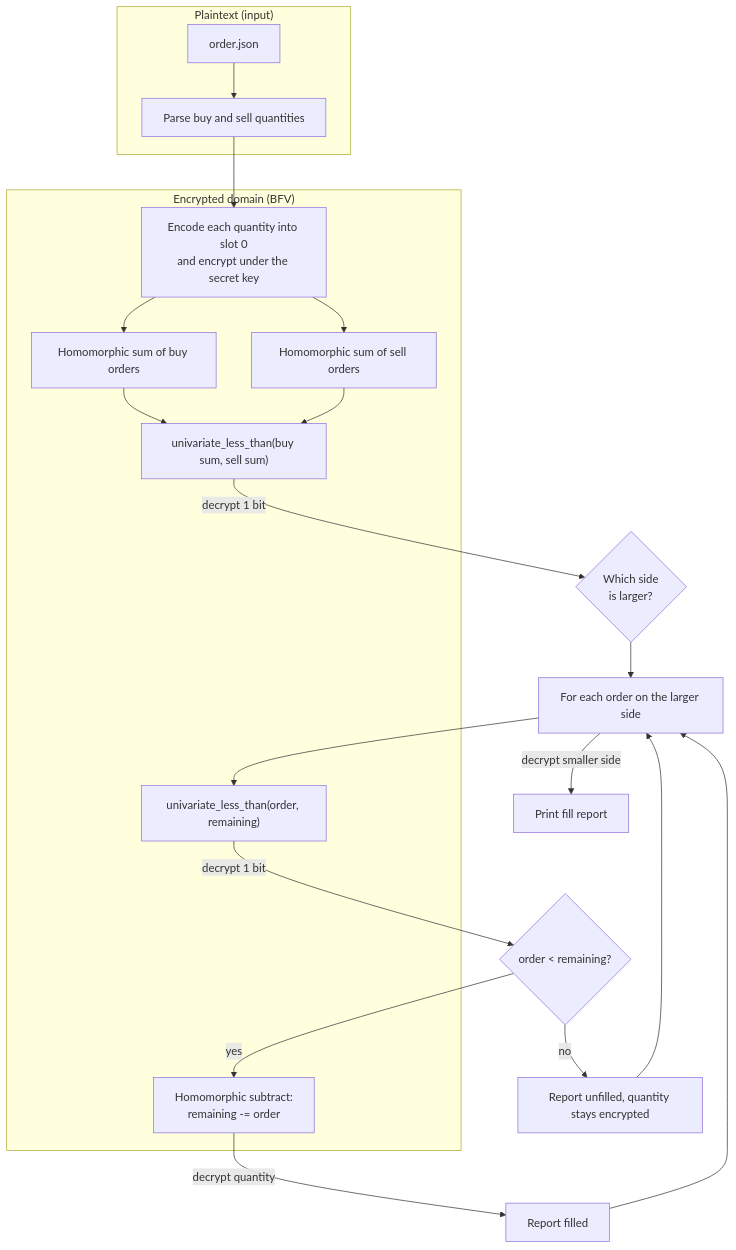
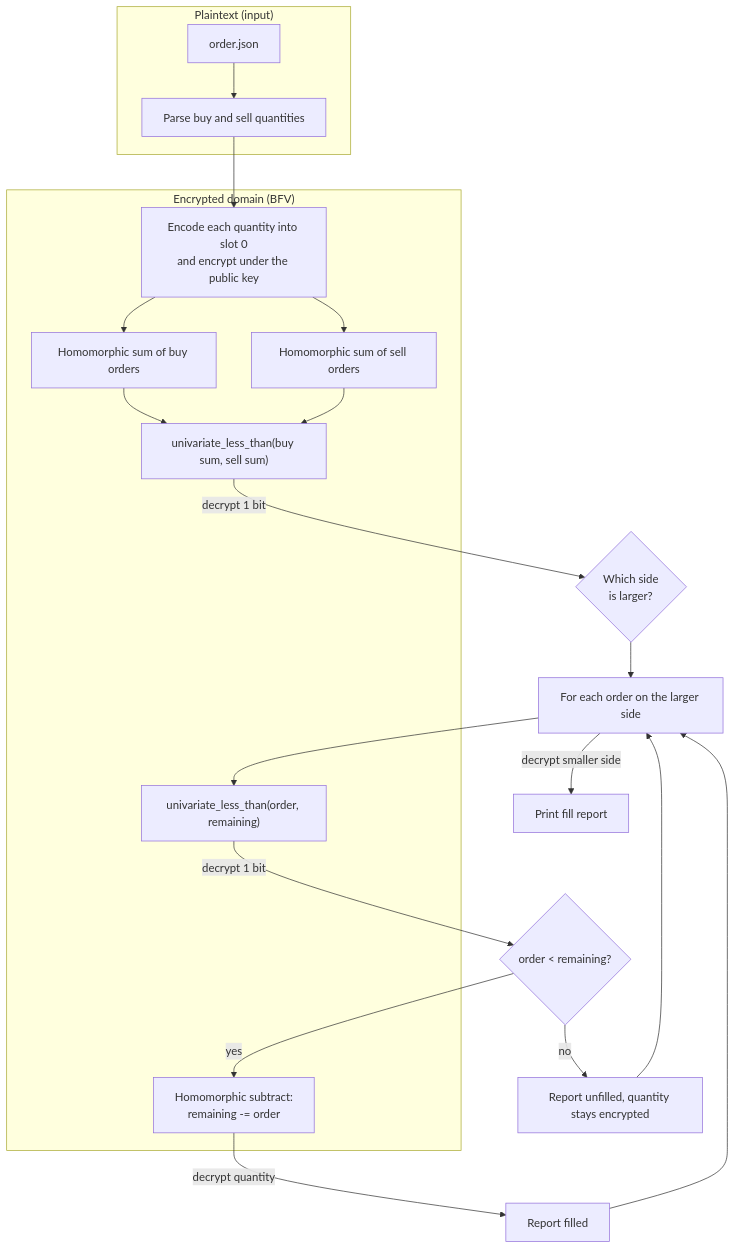
Before and after one commit to Giri-Aayush/bfv-homomorphic-order-matching-engine: the diagram in README.md, drawn with Mermaid. The commit also changed other lines of this file and 4 other files, not shown here.

First line of the commit message:
README and repo tidy after the four roadmap items landed

````diff
--- a/README.md
+++ b/README.md
@@ -116,28 +123,28 @@
 ```mermaid
 flowchart TD
     subgraph P1["Plaintext (input)"]
         A[order.json] --> B[Parse buy and sell quantities]
     end
 
-    B --> C["Encode each quantity into slot 0<br/>and encrypt under the secret key"]
+    B --> C["Encode each quantity into slot 0<br/>and encrypt under the public key"]
 
     subgraph E["Encrypted domain (BFV)"]
         C --> D1["Homomorphic sum of buy orders"]
         C --> D2["Homomorphic sum of sell orders"]
         D1 --> F["univariate_less_than(buy sum, sell sum)"]
         D2 --> F
         G["univariate_less_than(order, remaining)"]
         H["Homomorphic subtract:<br/>remaining -= order"]
     end
 
     F -->|"decrypt 1 bit"| I{"Which side<br/>is larger?"}
     I --> K["For each order on the larger side"]
     K --> G
     G -->|"decrypt 1 bit"| L{"order < remaining?"}
     L -->|yes| H
     H -->|"decrypt quantity"| M["Report filled"]
     L -->|no| N["Report unfilled, quantity stays encrypted"]
     M --> K
     N --> K
     K -->|"decrypt smaller side"| O["Print fill report"]
 ```
````
